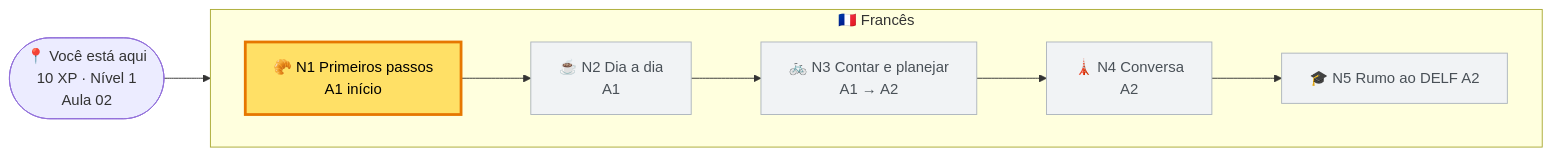
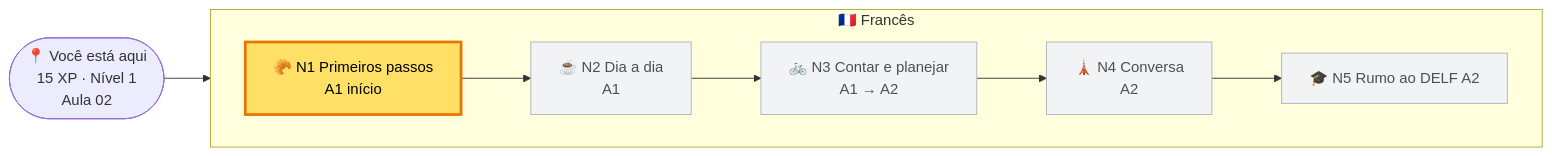
The first of 2 diagrams in README.md (tcandreetti/frances), drawn with Mermaid before and after one commit. The commit also changed other lines of this file and 17 other files, not shown here.

````diff
--- a/README.md
+++ b/README.md
@@ -23,16 +25,16 @@
 ```mermaid
 flowchart LR
-  EU(["📍 Você está aqui<br/>10 XP · Nível 1<br/>Aula 02"])
+  EU(["📍 Você está aqui<br/>15 XP · Nível 1<br/>Aula 02"])
 
   subgraph FR["🇫🇷 Francês"]
     direction LR
     N1["🥐 N1 Primeiros passos<br/>A1 início"] --> N2["☕ N2 Dia a dia<br/>A1"] --> N3["🚲 N3 Contar e planejar<br/>A1 → A2"] --> N4["🗼 N4 Conversa<br/>A2"] --> N5["🎓 N5 Rumo ao DELF A2"]
   end
 
   EU --> N1
 
   classDef atual fill:#ffe066,stroke:#e67700,stroke-width:3px,color:#000
   classDef futuro fill:#f1f3f5,stroke:#adb5bd,color:#495057
   class N1 atual
   class N2,N3,N4,N5 futuro
 ```
````
